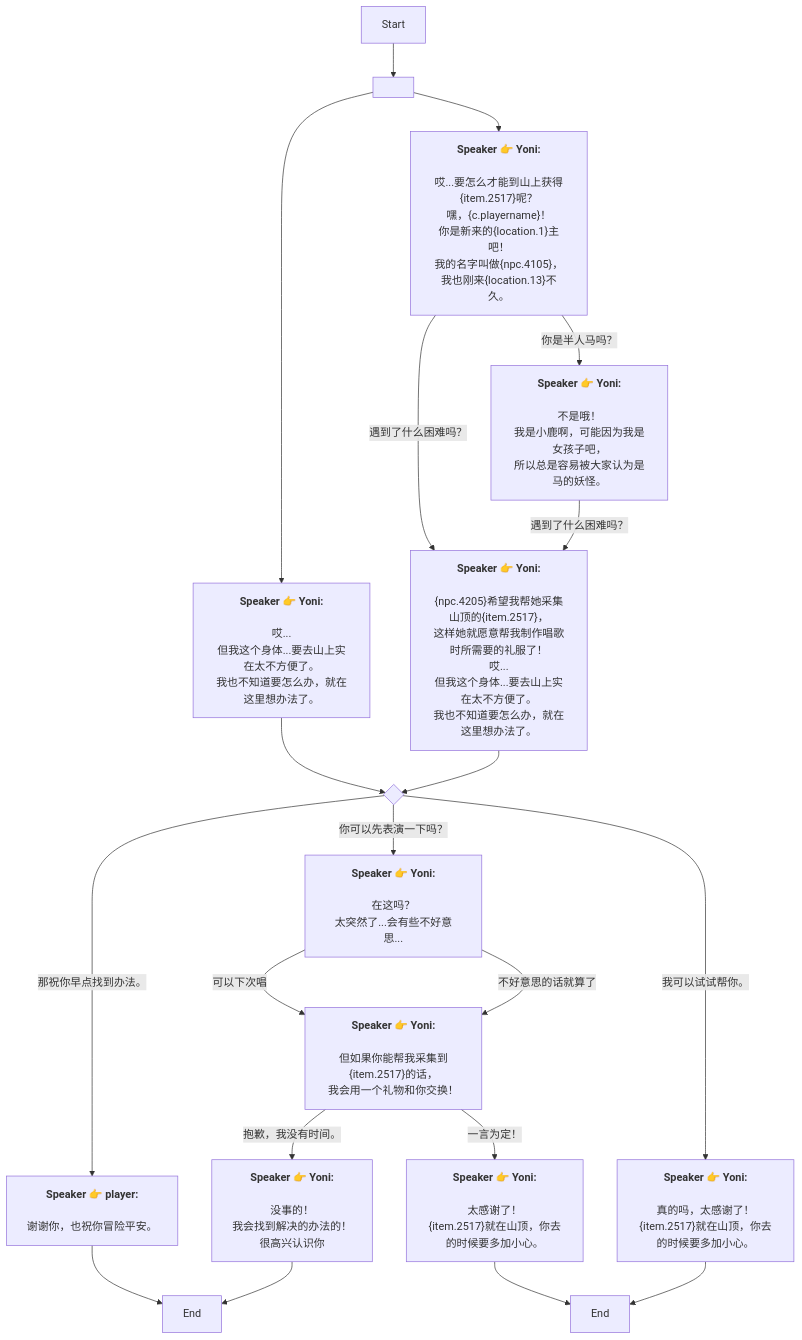
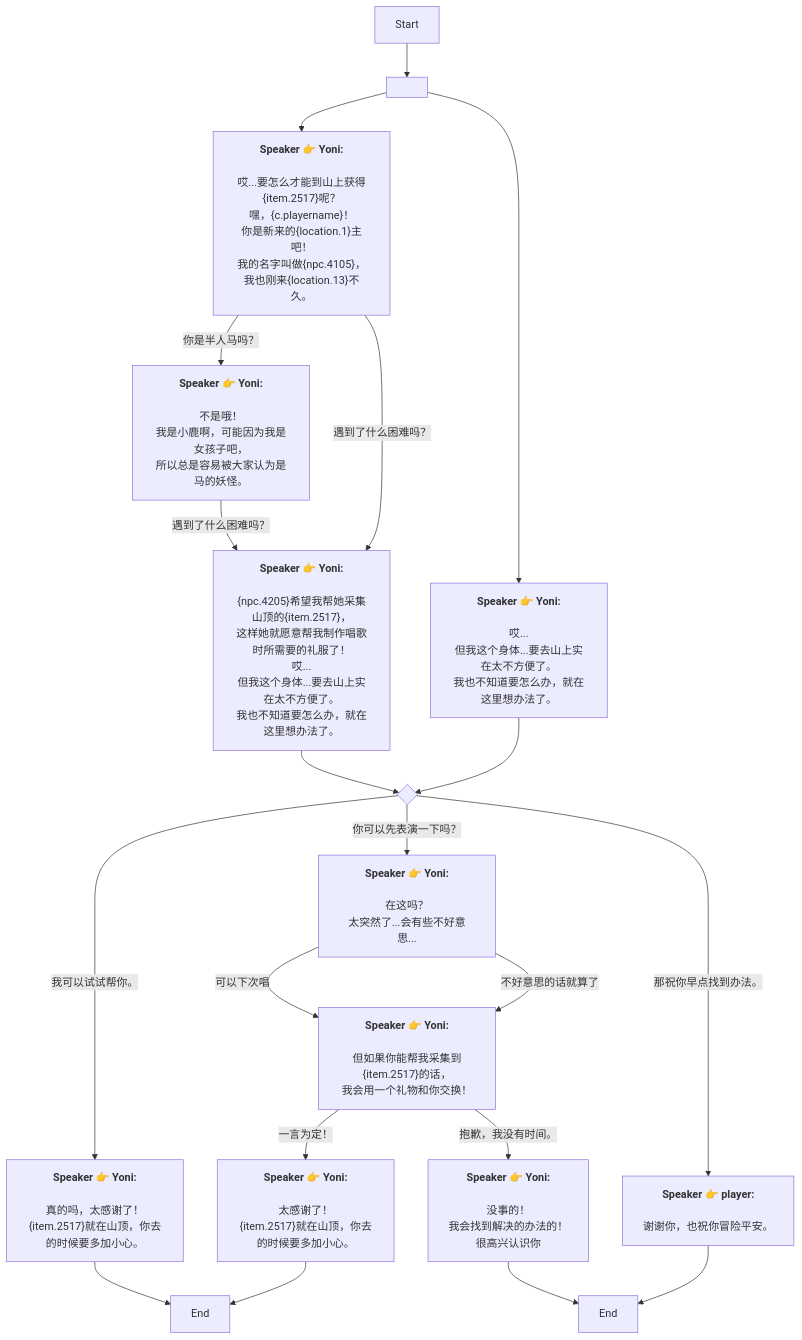
The diagram in Zh/QuestTalkStarterNode_1738285557884075.md (SoftHu/tos_avg), drawn with Mermaid before and after one commit. The commit also changed other lines of this file and 780 other files, not shown here.

````diff
--- a/Zh/QuestTalkStarterNode_1738285557884075.md
+++ b/Zh/QuestTalkStarterNode_1738285557884075.md
@@ -1,54 +1,54 @@
 ```mermaid
 graph
 Start -->1738287834941662[ ]
+1738287834941662 -->1738285999573172[<b>Speaker 👉 Yoni:</b>
+\n哎...要怎么才能到山上获得&lbrace;item.2517&rbrace;呢？\n嘿，&lbrace;c.playername&rbrace;！
+你是新来的&lbrace;location.1&rbrace;主吧！
+我的名字叫做&lbrace;npc.4105&rbrace;，我也刚来&lbrace;location.13&rbrace;不久。]
 1738287834941662 -->1738287908723935[<b>Speaker 👉 Yoni:</b>
 \n哎...
 但我这个身体...要去山上实在太不方便了。
 我也不知道要怎么办，就在这里想办法了。]
-1738287834941662 -->1738285999573172[<b>Speaker 👉 Yoni:</b>
-\n哎...要怎么才能到山上获得&lbrace;item.2517&rbrace;呢？\n嘿，&lbrace;c.playername&rbrace;！
-你是新来的&lbrace;location.1&rbrace;主吧！
-我的名字叫做&lbrace;npc.4105&rbrace;，我也刚来&lbrace;location.13&rbrace;不久。]
 1738287908723935 -->434571977180983{ }
 1738287216834759 -->1738288124658912[End]
-434571977180983 -->|那祝你早点找到办法。|1738287216834759[<b>Speaker 👉 player:</b>
-\n谢谢你，也祝你冒险平安。]
+434571977180983 -->|我可以试试帮你。|1738287397582039[<b>Speaker 👉 Yoni:</b>
+\n真的吗，太感谢了！
+&lbrace;item.2517&rbrace;就在山顶，你去的时候要多加小心。]
 434571977180983 -->|你可以先表演一下吗？|1738287283890381[<b>Speaker 👉 Yoni:</b>
 \n在这吗？
 太突然了...会有些不好意思...]
-434571977180983 -->|我可以试试帮你。|1738287397582039[<b>Speaker 👉 Yoni:</b>
-\n真的吗，太感谢了！
-&lbrace;item.2517&rbrace;就在山顶，你去的时候要多加小心。]
+434571977180983 -->|那祝你早点找到办法。|1738287216834759[<b>Speaker 👉 player:</b>
+\n谢谢你，也祝你冒险平安。]
+1738287283890381 -->|不好意思的话就算了|1738287339132115[<b>Speaker 👉 Yoni:</b>
+\n但如果你能帮我采集到&lbrace;item.2517&rbrace;的话，
+我会用一个礼物和你交换！]
 1738287283890381 -->|可以下次唱|1738287339132115[<b>Speaker 👉 Yoni:</b>
 \n但如果你能帮我采集到&lbrace;item.2517&rbrace;的话，
 我会用一个礼物和你交换！]
-1738287283890381 -->|不好意思的话就算了|1738287339132115[<b>Speaker 👉 Yoni:</b>
-\n但如果你能帮我采集到&lbrace;item.2517&rbrace;的话，
-我会用一个礼物和你交换！]
-1738287339132115 -->|一言为定！|1738287491991770[<b>Speaker 👉 Yoni:</b>
-\n太感谢了！
-&lbrace;item.2517&rbrace;就在山顶，你去的时候要多加小心。]
 1738287339132115 -->|抱歉，我没有时间。|1738287685928156[<b>Speaker 👉 Yoni:</b>
 \n没事的！
 我会找到解决的办法的！
 很高兴认识你]
+1738287339132115 -->|一言为定！|1738287491991770[<b>Speaker 👉 Yoni:</b>
+\n太感谢了！
+&lbrace;item.2517&rbrace;就在山顶，你去的时候要多加小心。]
 1738287491991770 -->1738287669031131[End]
 1738287685928156 -->1738288124658912[End]
 1738287397582039 -->1738287669031131[End]
-1738285999573172 -->|你是半人马吗？|1738286345339066[<b>Speaker 👉 Yoni:</b>
-\n不是哦！
-我是小鹿啊，可能因为我是女孩子吧，
-所以总是容易被大家认为是马的妖怪。]
 1738285999573172 -->|遇到了什么困难吗？|1738286492721339[<b>Speaker 👉 Yoni:</b>
 \n&lbrace;npc.4205&rbrace;希望我帮她采集山顶的&lbrace;item.2517&rbrace;，
 这样她就愿意帮我制作唱歌时所需要的礼服了！\n哎...
 但我这个身体...要去山上实在太不方便了。
 我也不知道要怎么办，就在这里想办法了。]
+1738285999573172 -->|你是半人马吗？|1738286345339066[<b>Speaker 👉 Yoni:</b>
+\n不是哦！
+我是小鹿啊，可能因为我是女孩子吧，
+所以总是容易被大家认为是马的妖怪。]
 1738286345339066 -->|遇到了什么困难吗？|1738286492721339[<b>Speaker 👉 Yoni:</b>
 \n&lbrace;npc.4205&rbrace;希望我帮她采集山顶的&lbrace;item.2517&rbrace;，
 这样她就愿意帮我制作唱歌时所需要的礼服了！\n哎...
 但我这个身体...要去山上实在太不方便了。
 我也不知道要怎么办，就在这里想办法了。]
 1738286492721339 -->434571977180983{ }
 
 ```
````
